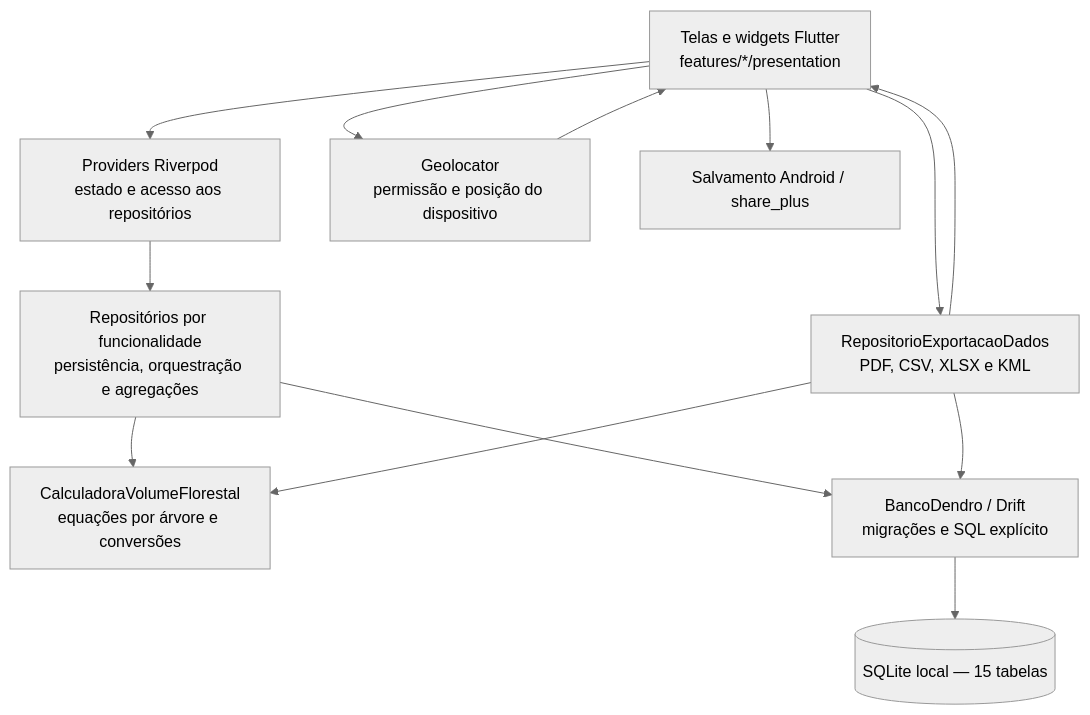
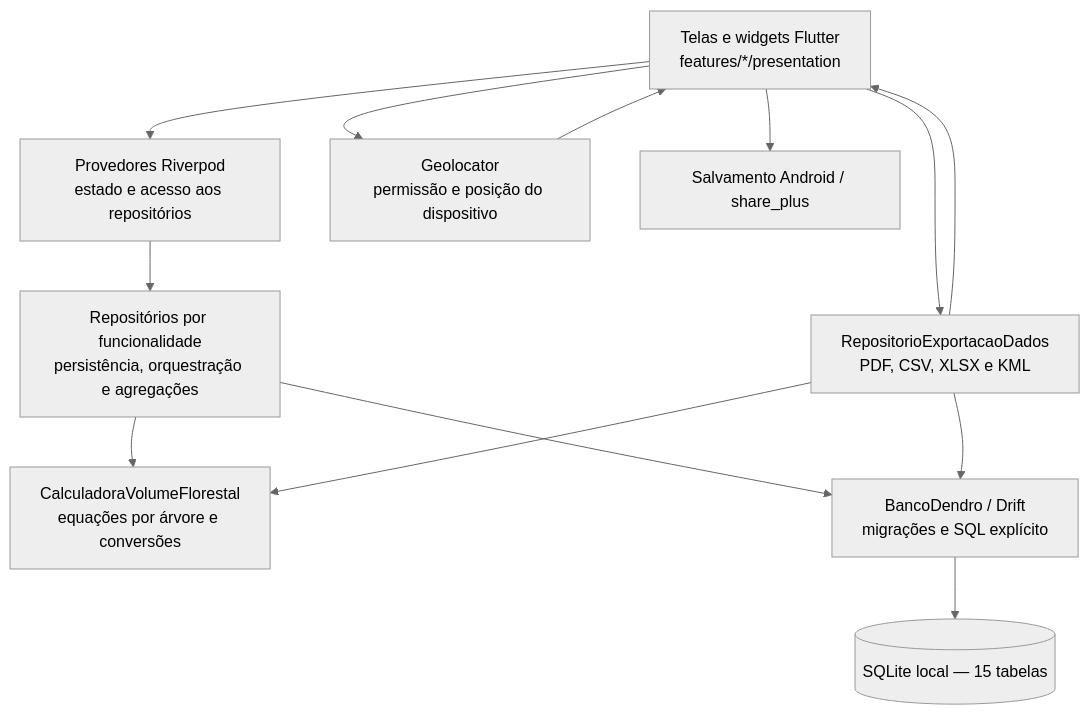
Before and after one commit to mateushernandes10-droid/dendro_mobile: the diagram in tcc_codex_context/docs/diagrams/02_arquitetura.mmd, drawn with Mermaid (neutral theme). The commit also changed 63 other files, not shown here.

```diff
--- a/tcc_codex_context/docs/diagrams/02_arquitetura.mmd
+++ b/tcc_codex_context/docs/diagrams/02_arquitetura.mmd
@@ -1,22 +1,22 @@
 flowchart TB
     UI["Telas e widgets Flutter<br/>features/*/presentation"]
-    RP["Providers Riverpod<br/>estado e acesso aos repositórios"]
+    RP["Provedores Riverpod<br/>estado e acesso aos repositórios"]
     REPO["Repositórios por funcionalidade<br/>persistência, orquestração e agregações"]
     CALC["CalculadoraVolumeFlorestal<br/>equações por árvore e conversões"]
     DB["BancoDendro / Drift<br/>migrações e SQL explícito"]
     SQL[("SQLite local — 15 tabelas")]
     GEO["Geolocator<br/>permissão e posição do dispositivo"]
     EXPORT["RepositorioExportacaoDados<br/>PDF, CSV, XLSX e KML"]
     FILE["Salvamento Android / share_plus"]
     UI --> RP
     RP --> REPO
     REPO --> DB
     DB --> SQL
     REPO --> CALC
     UI --> GEO
     GEO --> UI
     UI --> EXPORT
     EXPORT --> DB
     EXPORT --> CALC
     UI --> FILE
     EXPORT --> UI
```
